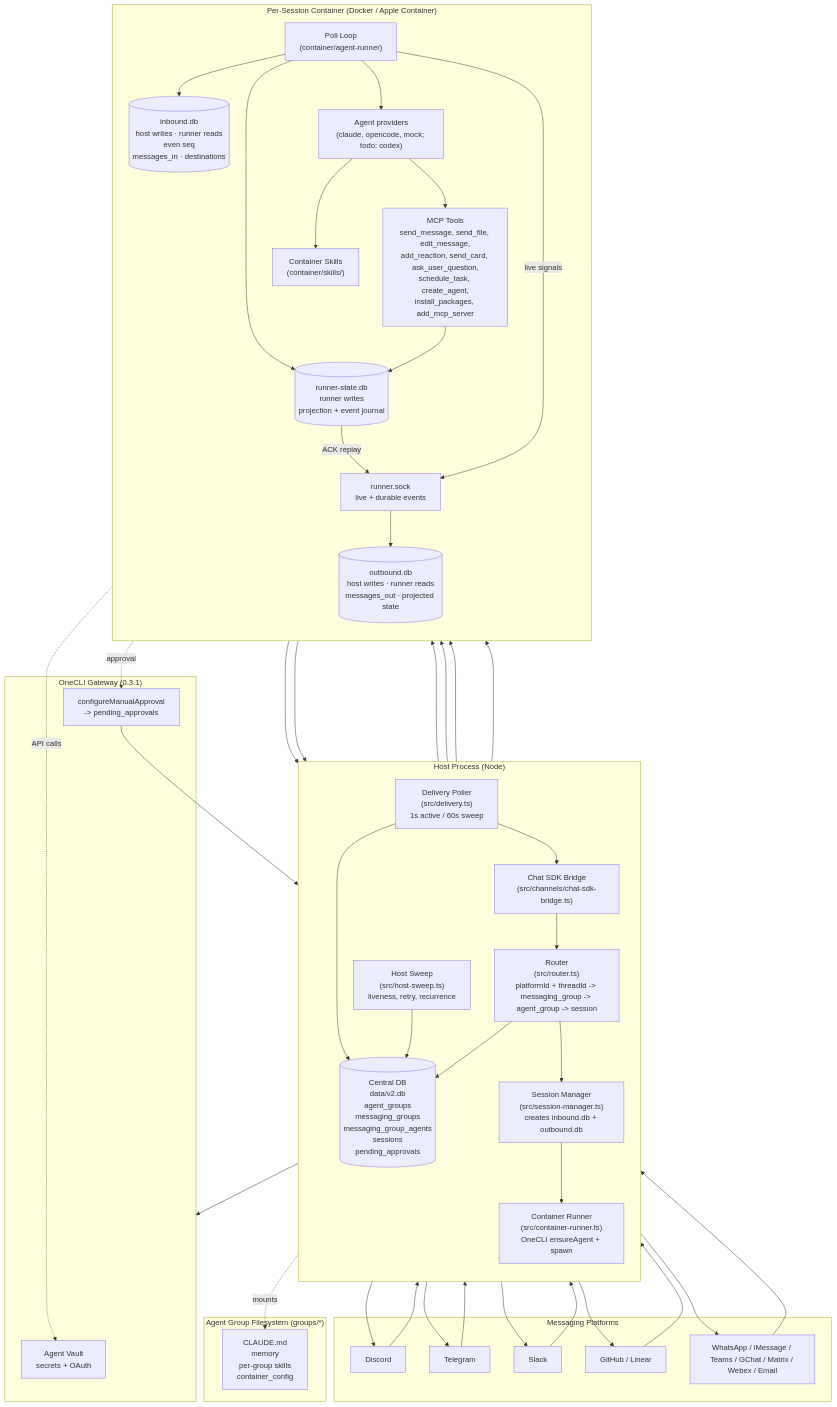
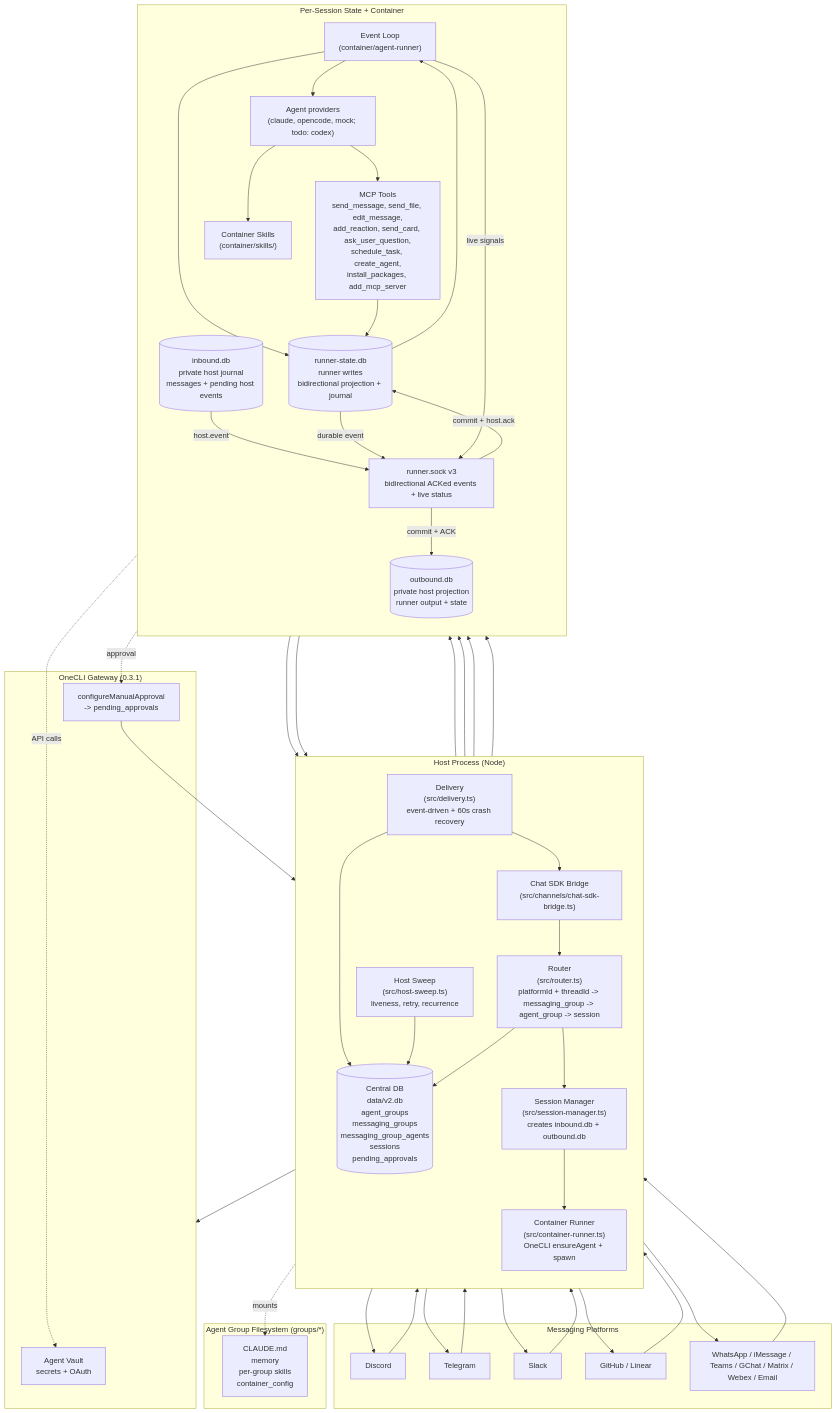
Before and after one commit to dtreskunov/bananaclaw: the first of 5 diagrams in docs/architecture-diagram.md, drawn with Mermaid. The commit also changed other lines of this file and 11 other files, not shown here.

First line of the commit message:
docs(architecture): describe bidirectional session projection

````diff
--- a/docs/architecture-diagram.md
+++ b/docs/architecture-diagram.md
@@ -5,72 +5,74 @@
 ```mermaid
 flowchart TB
   subgraph Platforms["Messaging Platforms"]
     P1[Discord]
     P2[Telegram]
     P3[Slack]
     P4[GitHub / Linear]
     P5[WhatsApp / iMessage / Teams / GChat / Matrix / Webex / Email]
   end
 
   subgraph Host["Host Process (Node)"]
     direction TB
     Bridge["Chat SDK Bridge<br/>(src/channels/chat-sdk-bridge.ts)"]
     Router["Router<br/>(src/router.ts)<br/>platformId + threadId -> messaging_group -> agent_group -> session"]
     SessMgr["Session Manager<br/>(src/session-manager.ts)<br/>creates inbound.db + outbound.db"]
     Runner["Container Runner<br/>(src/container-runner.ts)<br/>OneCLI ensureAgent + spawn"]
-    Delivery["Delivery Poller<br/>(src/delivery.ts)<br/>1s active / 60s sweep"]
+    Delivery["Delivery<br/>(src/delivery.ts)<br/>event-driven + 60s crash recovery"]
     Sweep["Host Sweep<br/>(src/host-sweep.ts)<br/>liveness, retry, recurrence"]
     Central[("Central DB<br/>data/v2.db<br/>agent_groups<br/>messaging_groups<br/>messaging_group_agents<br/>sessions<br/>pending_approvals")]
   end
 
   subgraph OneCLI["OneCLI Gateway (0.3.1)"]
     Vault["Agent Vault<br/>secrets + OAuth"]
     Approvals["configureManualApproval<br/>-> pending_approvals"]
   end
 
-  subgraph Session["Per-Session Container (Docker / Apple Container)"]
+  subgraph Session["Per-Session State + Container"]
     direction TB
-    PollLoop["Poll Loop<br/>(container/agent-runner)"]
+    PollLoop["Event Loop<br/>(container/agent-runner)"]
     Provider["Agent providers<br/>(claude, opencode, mock; todo: codex)"]
     MCP["MCP Tools<br/>send_message, send_file, edit_message,<br/>add_reaction, send_card, ask_user_question,<br/>schedule_task, create_agent,<br/>install_packages, add_mcp_server"]
     Skills["Container Skills<br/>(container/skills/)"]
-    InDB[("inbound.db<br/>host writes · runner reads<br/>even seq<br/>messages_in · destinations")]
-    OutDB[("outbound.db<br/>host writes · runner reads<br/>messages_out · projected state")]
-    RunnerState[("runner-state.db<br/>runner writes<br/>projection + event journal")]
-    SessionLink["runner.sock<br/>live + durable events"]
+    InDB[("inbound.db<br/>private host journal<br/>messages + pending host events")]
+    OutDB[("outbound.db<br/>private host projection<br/>runner output + state")]
+    RunnerState[("runner-state.db<br/>runner writes<br/>bidirectional projection + journal")]
+    SessionLink["runner.sock v3<br/>bidirectional ACKed events + live status"]
   end
 
   subgraph Groups["Agent Group Filesystem (groups/*)"]
     Folder["CLAUDE.md<br/>memory<br/>per-group skills<br/>container_config"]
   end
 
   P1 & P2 & P3 & P4 & P5 --> Bridge
   Bridge --> Router
   Router --> Central
   Router --> SessMgr
   SessMgr --> InDB
   SessMgr --> Runner
   Runner --> OneCLI
   Runner --> PollLoop
-  PollLoop --> InDB
+  InDB -->|host.event| SessionLink
+  SessionLink -->|commit + host.ack| RunnerState
+  RunnerState --> PollLoop
   PollLoop --> Provider
   PollLoop --> RunnerState
-  RunnerState -->|ACK replay| SessionLink
+  RunnerState -->|durable event| SessionLink
   PollLoop -->|live signals| SessionLink
   SessionLink --> Runner
   Provider --> MCP
   Provider --> Skills
   MCP --> RunnerState
-  SessionLink --> OutDB
+  SessionLink -->|commit + ACK| OutDB
   OutDB --> Delivery
   Delivery --> Central
   Delivery --> Bridge
   Bridge --> P1 & P2 & P3 & P4 & P5
   Sweep --> InDB
   Sweep --> OutDB
   Sweep --> Central
   Runner -.mounts.-> Folder
   MCP -.approval.-> Approvals
   Approvals --> Central
   Provider -.API calls.-> Vault
 ```
````
